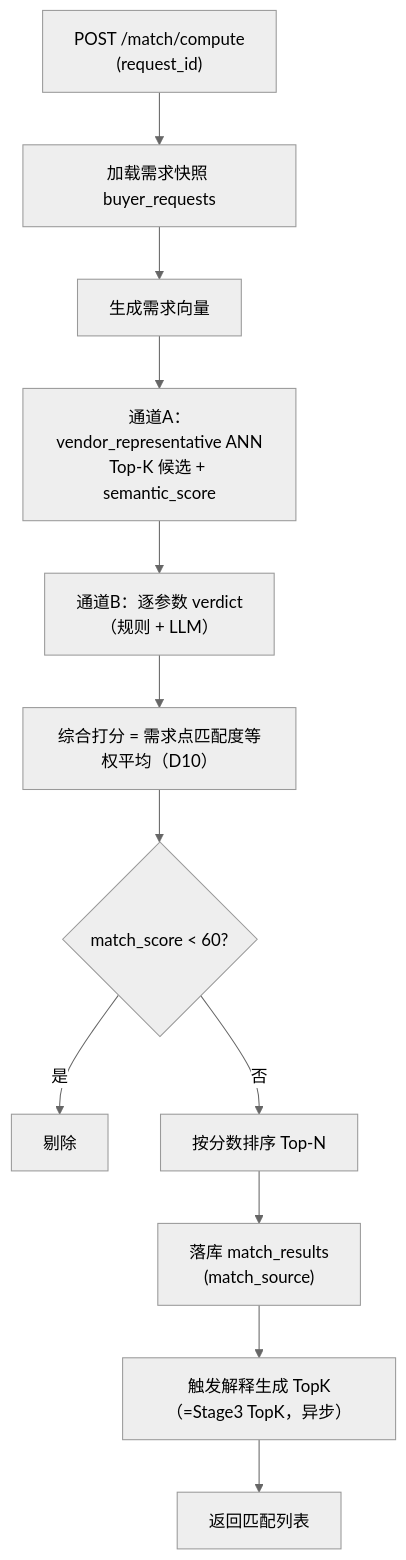
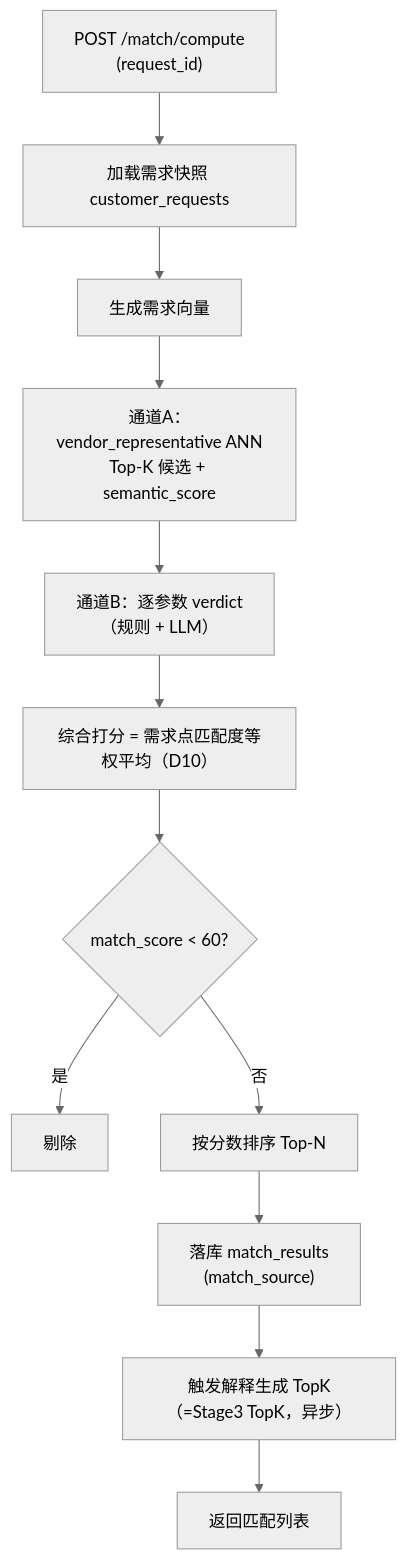
The first of 2 diagrams in doc/系统/匹配详细设计.md (ivgotcrazy/xmsn-demo), drawn with Mermaid (neutral theme) before and after one commit. The commit also changed other lines of this file and 246 other files, not shown here.

````diff
--- a/doc/系统/匹配详细设计.md
+++ b/doc/系统/匹配详细设计.md
@@ -152,14 +152,14 @@
 ```mermaid
 flowchart TD
-    IN["POST /match/compute<br/>(request_id)"] --> LOAD["加载需求快照 buyer_requests"]
+    IN["POST /match/compute<br/>(request_id)"] --> LOAD["加载需求快照 customer_requests"]
     LOAD --> EMB["生成需求向量"]
     EMB --> A["通道A：vendor_representative ANN<br/>Top-K 候选 + semantic_score"]
     A --> B["通道B：逐参数 verdict<br/>（规则 + LLM）"]
     B --> SCORE["综合打分 = 需求点匹配度等权平均（D10）"]
     SCORE --> THRESH{"match_score < 60?"}
     THRESH -- 是 --> DROP["剔除"]
     THRESH -- 否 --> SORT["按分数排序 Top-N"]
     SORT --> SAVE["落库 match_results<br/>(match_source)"]
     SAVE --> EXP["触发解释生成 TopK（=Stage3 TopK，异步）"]
     EXP --> OUT["返回匹配列表"]
 ```
````
